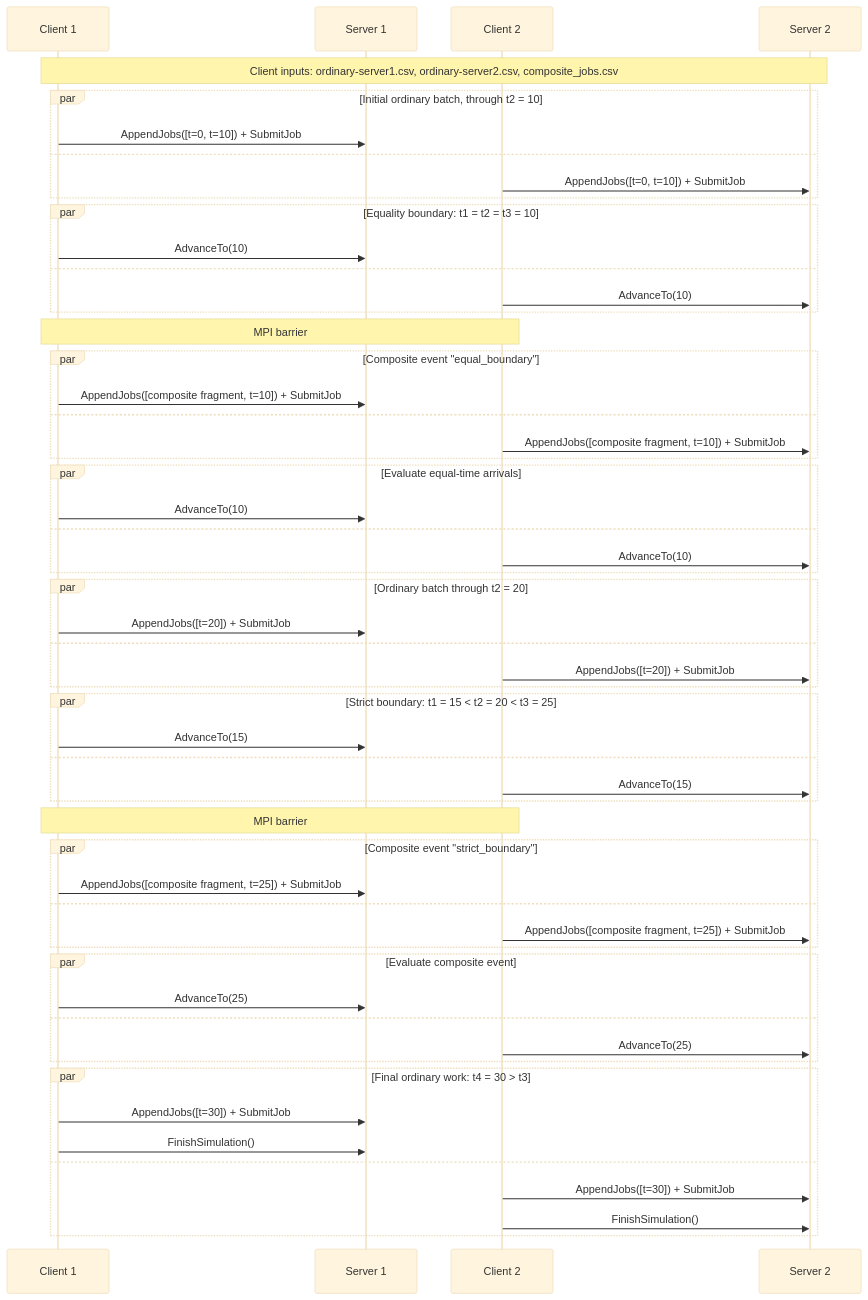
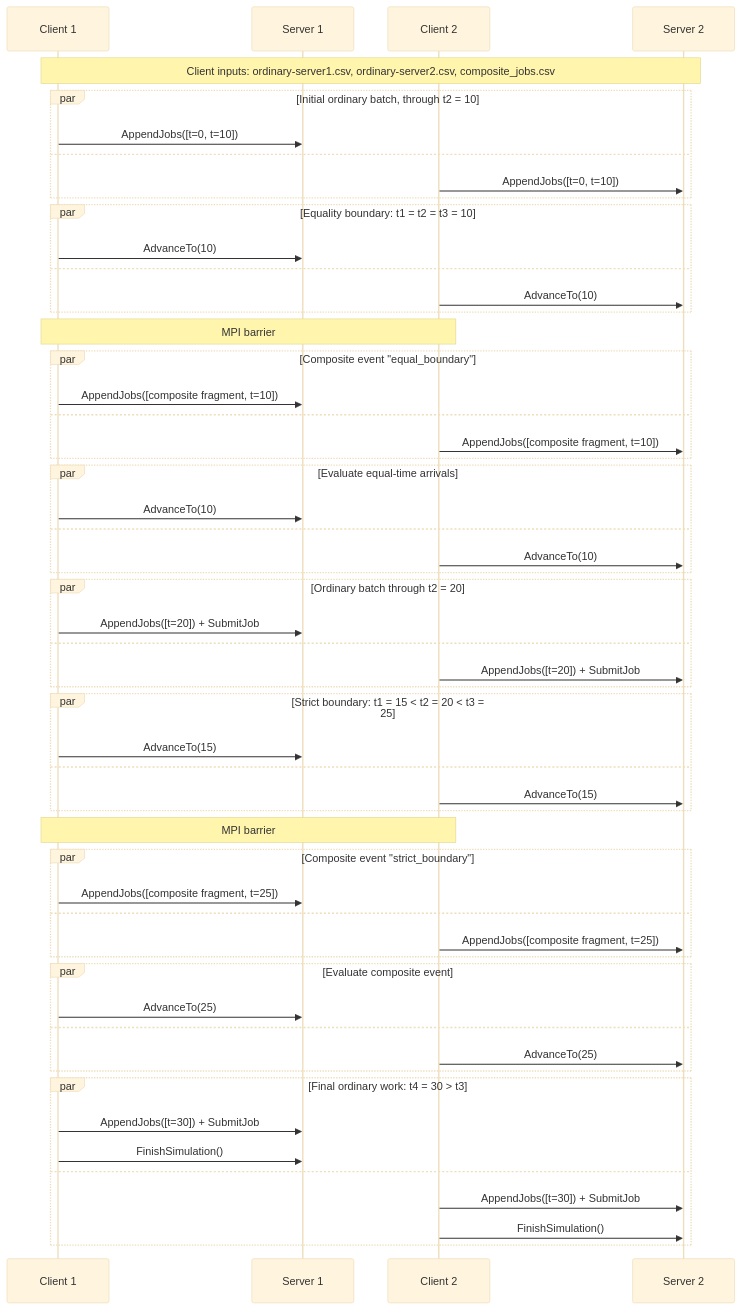
The diagram in docs/CLIENT_SERVER_GUIDE.md (llnl/dr_evt), drawn with Mermaid (base theme) before and after one commit. The commit also changed other lines of this file and 16 other files, not shown here.

First line of the commit message:
refactor(streaming): enqueue appended jobs atomically and verify composite outputs Remove the separate SubmitJob gRPC operation and make append APIs add jobs to the store and scheduler queue in one step. Make submit_job an internal helper, update bindings, clients, tests, and API documentation.

````diff
--- a/docs/CLIENT_SERVER_GUIDE.md
+++ b/docs/CLIENT_SERVER_GUIDE.md
@@ -171,59 +176,59 @@
 ```{mermaid}
 sequenceDiagram
     participant C1 as Client 1
     participant S1 as Server 1
     participant C2 as Client 2
     participant S2 as Server 2
 
     Note over C1,S2: Client inputs: ordinary-server1.csv, ordinary-server2.csv, composite_jobs.csv
     par Initial ordinary batch, through t2 = 10
-        C1->>S1: AppendJobs([t=0, t=10]) + SubmitJob
+        C1->>S1: AppendJobs([t=0, t=10])
     and
-        C2->>S2: AppendJobs([t=0, t=10]) + SubmitJob
+        C2->>S2: AppendJobs([t=0, t=10])
     end
     par Equality boundary: t1 = t2 = t3 = 10
         C1->>S1: AdvanceTo(10)
     and
         C2->>S2: AdvanceTo(10)
     end
     Note over C1,C2: MPI barrier
     par Composite event "equal_boundary"
-        C1->>S1: AppendJobs([composite fragment, t=10]) + SubmitJob
+        C1->>S1: AppendJobs([composite fragment, t=10])
     and
-        C2->>S2: AppendJobs([composite fragment, t=10]) + SubmitJob
+        C2->>S2: AppendJobs([composite fragment, t=10])
     end
     par Evaluate equal-time arrivals
         C1->>S1: AdvanceTo(10)
     and
         C2->>S2: AdvanceTo(10)
     end
 
     par Ordinary batch through t2 = 20
         C1->>S1: AppendJobs([t=20]) + SubmitJob
     and
         C2->>S2: AppendJobs([t=20]) + SubmitJob
     end
     par Strict boundary: t1 = 15 < t2 = 20 < t3 = 25
         C1->>S1: AdvanceTo(15)
     and
         C2->>S2: AdvanceTo(15)
     end
     Note over C1,C2: MPI barrier
     par Composite event "strict_boundary"
-        C1->>S1: AppendJobs([composite fragment, t=25]) + SubmitJob
+        C1->>S1: AppendJobs([composite fragment, t=25])
     and
-        C2->>S2: AppendJobs([composite fragment, t=25]) + SubmitJob
+        C2->>S2: AppendJobs([composite fragment, t=25])
     end
     par Evaluate composite event
         C1->>S1: AdvanceTo(25)
     and
         C2->>S2: AdvanceTo(25)
     end
     par Final ordinary work: t4 = 30 > t3
         C1->>S1: AppendJobs([t=30]) + SubmitJob
         C1->>S1: FinishSimulation()
     and
         C2->>S2: AppendJobs([t=30]) + SubmitJob
         C2->>S2: FinishSimulation()
     end
 ```
````
